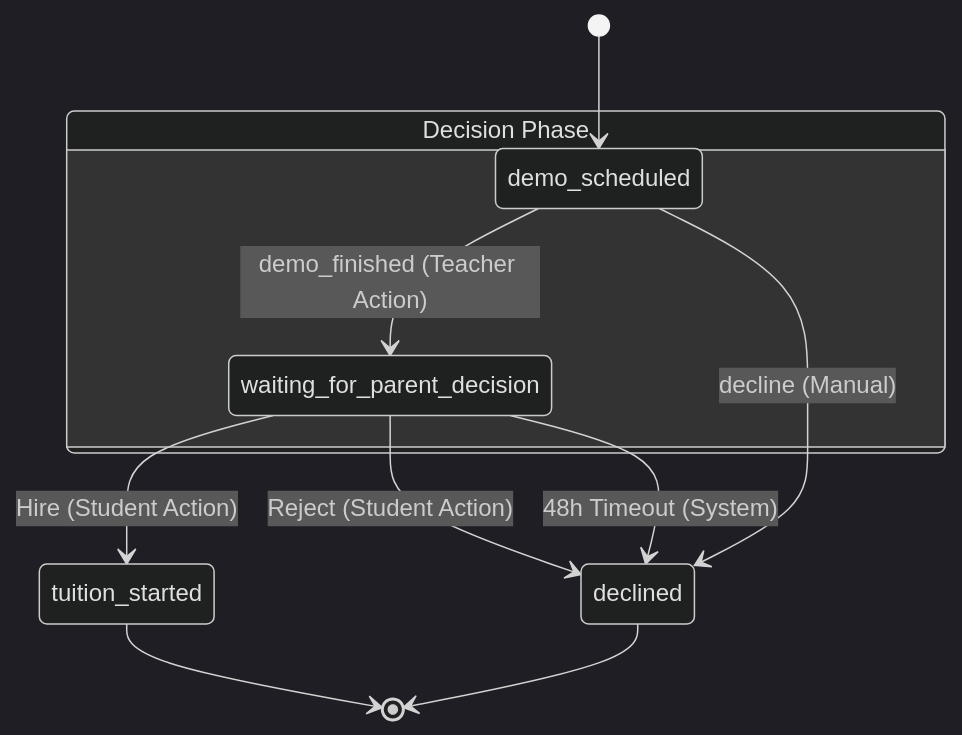
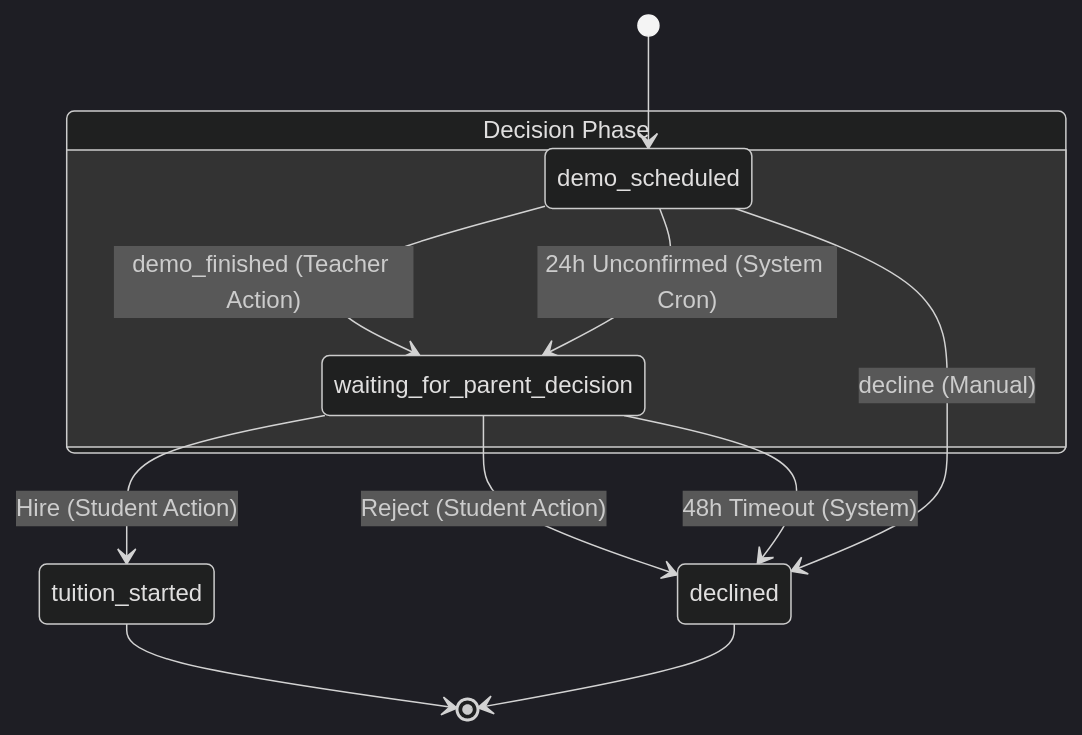
Before and after one commit to Nikhil4002-50-82/Mi-Tutora: the diagram in docs/Demo_Completion_Hiring_Architecture.md, drawn with Mermaid (dark theme). The commit also changed other lines of this file and 18 other files, not shown here.

````diff
--- a/docs/Demo_Completion_Hiring_Architecture.md
+++ b/docs/Demo_Completion_Hiring_Architecture.md
@@ -57,18 +57,19 @@
 ```mermaid
 stateDiagram-v2
     [*] --> demo_scheduled
     
     state "Decision Phase" as DecisionPhase {
         direction LR
         demo_scheduled --> waiting_for_parent_decision : demo_finished (Teacher Action)
+        demo_scheduled --> waiting_for_parent_decision : 24h Unconfirmed (System Cron)
     }
     
     waiting_for_parent_decision --> tuition_started : Hire (Student Action)
     waiting_for_parent_decision --> declined : Reject (Student Action)
     waiting_for_parent_decision --> declined : 48h Timeout (System)
     
     demo_scheduled --> declined : decline (Manual)
     
     declined --> [*]
     tuition_started --> [*]
 ```
````
